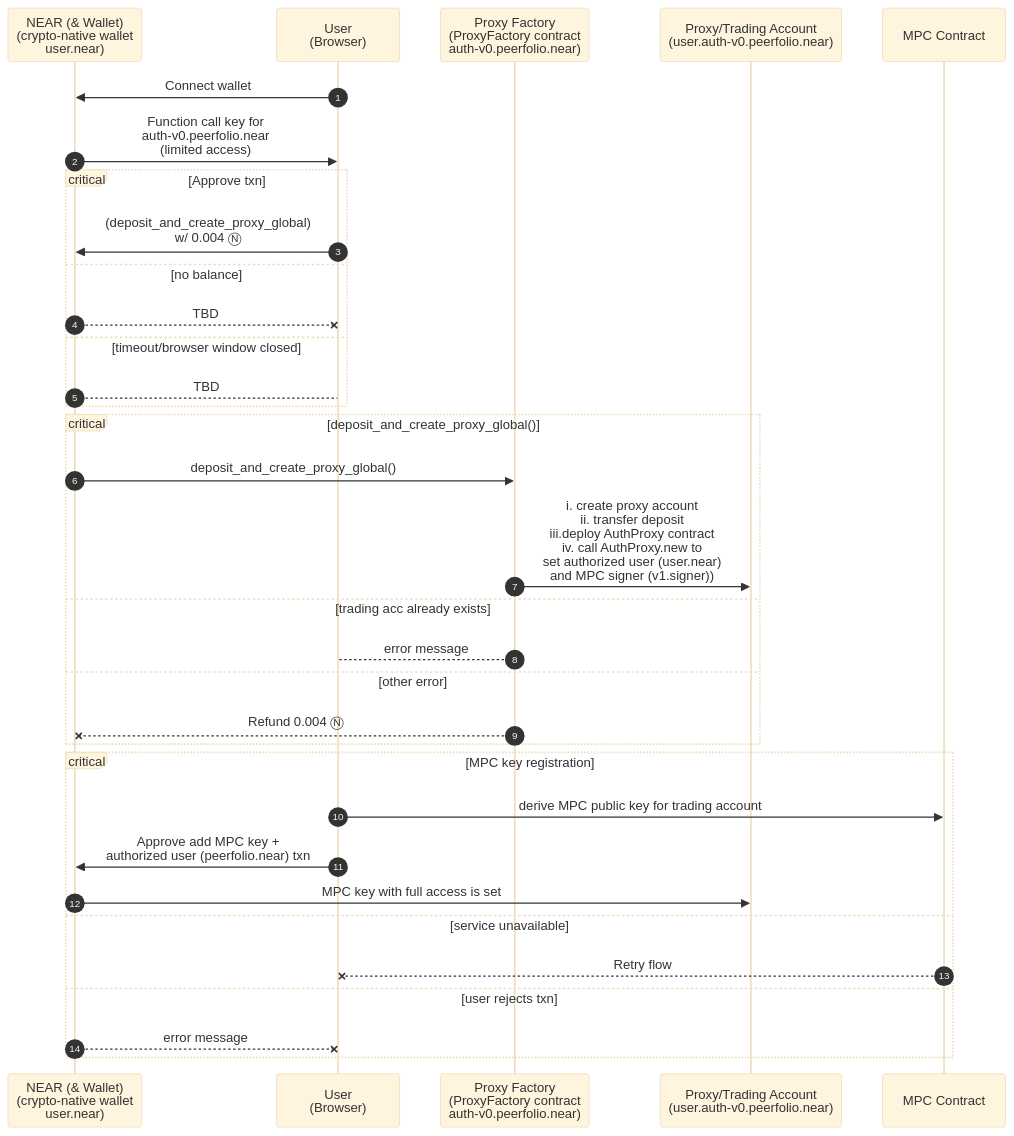
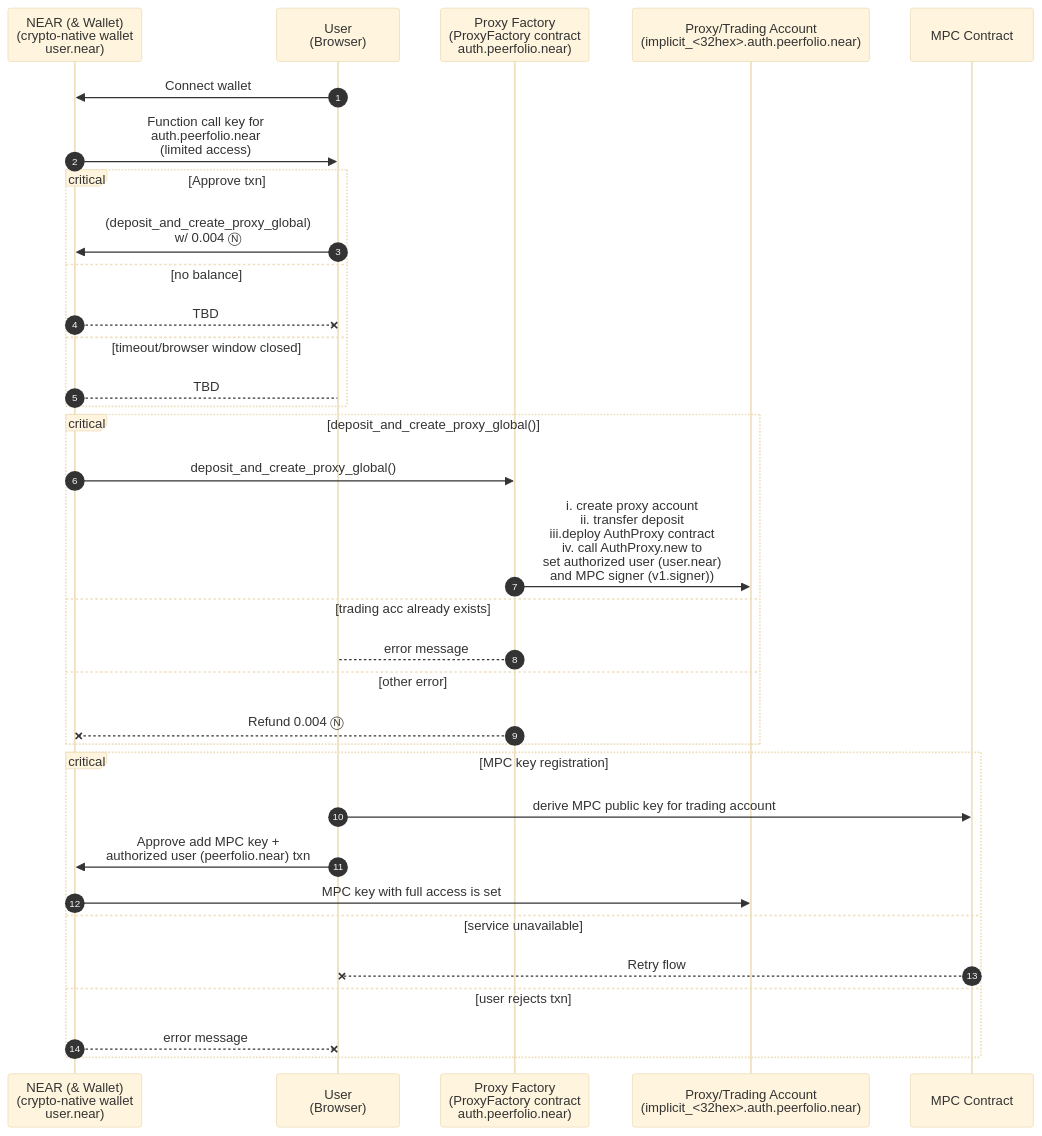
One commit to beneviolabs/autonomous-trading-account changed the first of 2 diagrams in README.md. Above: the diagram before and after it, drawn with Mermaid (base theme). The commit also changed other lines of this file and 2 other files, not shown here.

First line of the commit message:
Test the contract's hex check directly; update docs for implicit owners

````diff
--- a/README.md
+++ b/README.md
@@ -29,37 +31,37 @@
   ```mermaid
 sequenceDiagram
     autonumber
     participant Wallet as NEAR (& Wallet) <br> (crypto-native wallet<br>user.near)
     participant User as User <br> (Browser)
-    participant ProxyFac as Proxy Factory <br>(ProxyFactory contract<br>auth-v0.peerfolio.near)
-    participant TradingAcc as Proxy/Trading Account <br>(user.auth-v0.peerfolio.near)
+    participant ProxyFac as Proxy Factory <br>(ProxyFactory contract<br>auth.peerfolio.near)
+    participant TradingAcc as Proxy/Trading Account <br>(implicit_<32hex>.auth.peerfolio.near)
     participant MPC as MPC Contract
 
     User->>Wallet: Connect wallet
-    Wallet->>User: Function call key for <br> auth-v0.peerfolio.near <br> (limited access)
+    Wallet->>User: Function call key for <br> auth.peerfolio.near <br> (limited access)
     critical Approve txn
         User->>Wallet: (deposit_and_create_proxy_global) <br> w/ 0.004 Ⓝ
     option no balance
         Wallet--xUser: TBD
     option timeout/browser window closed
         Wallet-->User: TBD
     end
     critical deposit_and_create_proxy_global()
         Wallet->>ProxyFac: deposit_and_create_proxy_global()
         ProxyFac->>TradingAcc: i. create proxy account<br>ii. transfer deposit<br>iii.deploy AuthProxy contract<br>iv. call AuthProxy.new to<br> set authorized user (user.near) <br> and MPC signer (v1.signer))
     option trading acc already exists
         ProxyFac-->User: error message
     option other error
         ProxyFac--xWallet: Refund 0.004 Ⓝ
     end
 
     critical MPC key registration
         User->>MPC: derive MPC public key for trading account
         User->>Wallet: Approve add MPC key + <br> authorized user (peerfolio.near) txn
         Wallet->>TradingAcc: MPC key with full access is set
     option service unavailable
         MPC--xUser: Retry flow
     option user rejects txn
         Wallet--xUser: error message
     end
   ```
````
